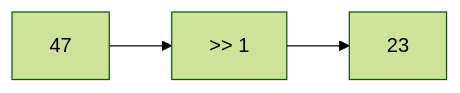
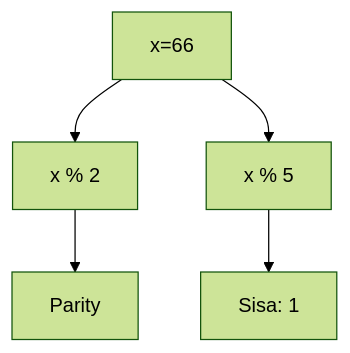
Diagram 12 of 25 in part-c-pemahaman-cpp/06-bitwise/latihan/set-02.md (amnahwaida/OSNK_INF_PREP), drawn with Mermaid (forest theme) before and after one commit. The commit also changed other lines of this file and 71 other files, not shown here.

````diff
--- a/part-c-pemahaman-cpp/06-bitwise/latihan/set-02.md
+++ b/part-c-pemahaman-cpp/06-bitwise/latihan/set-02.md
@@ -352,5 +358,7 @@
 ```mermaid
-graph LR
-    A[47] --> B[">> 1"]
-    B --> C[23]
+graph TD
+A[x=66] --> B[x % 2]
+B --> C[Parity]
+A --> D[x % 5]
+D --> E[Sisa: 1]
 ```
````
